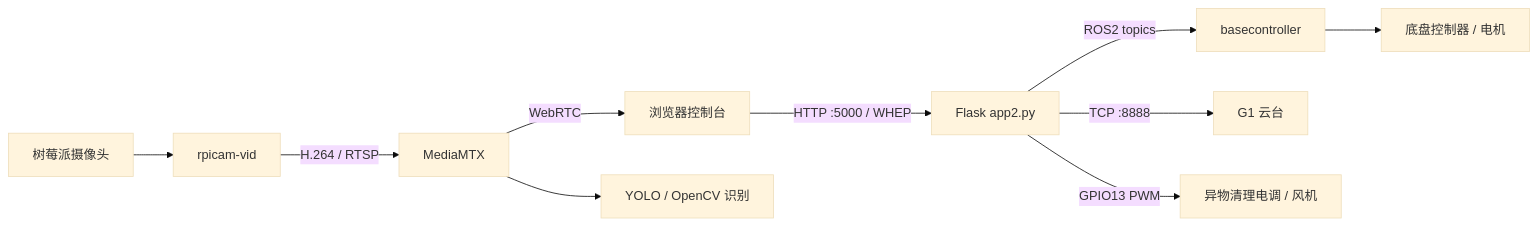
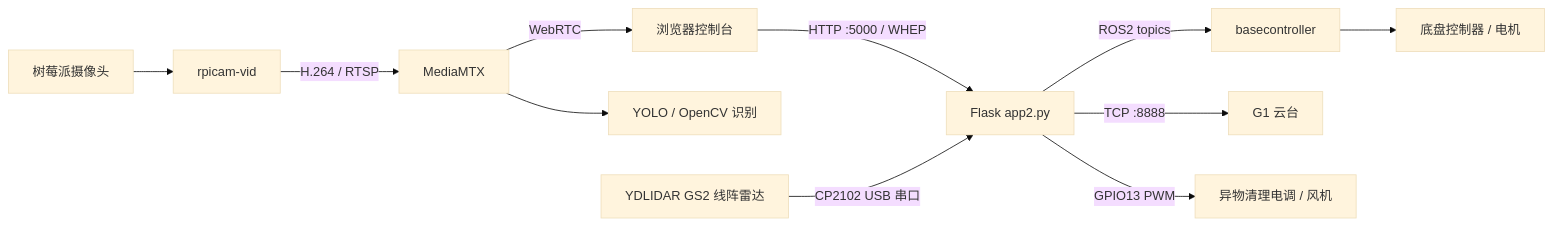
The diagram in README.md (black-dot-line/GIS-robot-control), drawn with Mermaid (base theme) before and after one commit. The commit also changed other lines of this file and 1 other file, not shown here.

````diff
--- a/README.md
+++ b/README.md
@@ -9,12 +16,13 @@
 ```mermaid
 flowchart LR
     Browser["浏览器控制台"] -->|"HTTP :5000 / WHEP"| Flask["Flask app2.py"]
     PiCam["树莓派摄像头"] --> RpiCam["rpicam-vid"]
     RpiCam -->|"H.264 / RTSP"| MTX["MediaMTX"]
     MTX -->|"WebRTC"| Browser
     MTX --> Detect["YOLO / OpenCV 识别"]
     Flask -->|"ROS2 topics"| Base["basecontroller"]
     Base --> MCU["底盘控制器 / 电机"]
     Flask -->|"TCP :8888"| G1["G1 云台"]
     Flask -->|"GPIO13 PWM"| ESC["异物清理电调 / 风机"]
+    Lidar["YDLIDAR GS2 线阵雷达"] -->|"CP2102 USB 串口"| Flask
 ```
````
